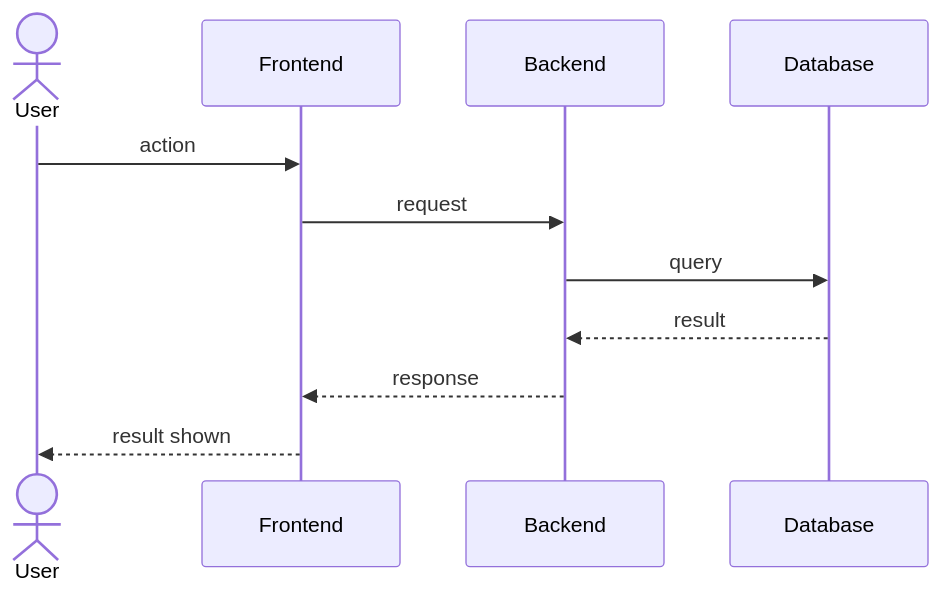
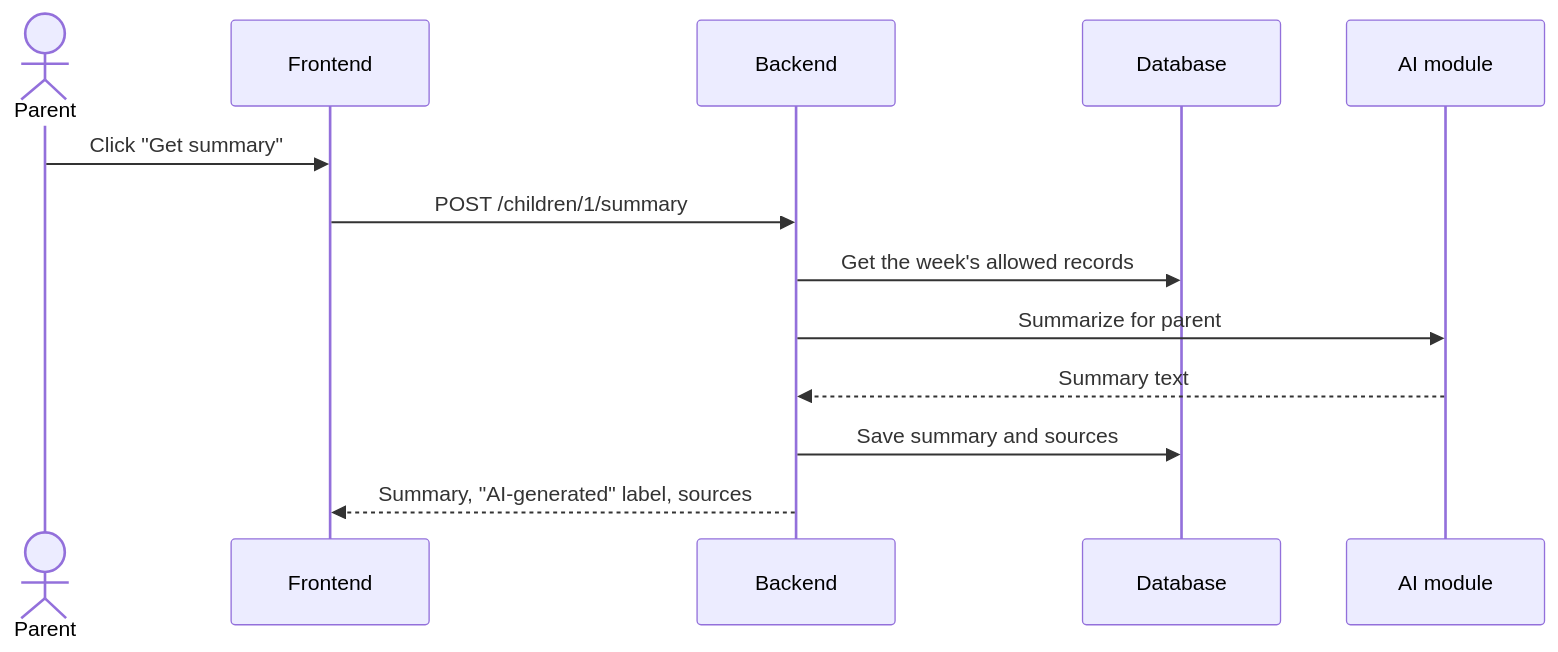
One commit to selinsevis/SENG383-SECTION1-G4 changed the fifth of 5 diagrams in docs/SDD.md. Above: the diagram before and after it, drawn with Mermaid. The commit also changed other lines of this file, not shown here.

````diff
--- a/docs/SDD.md
+++ b/docs/SDD.md
@@ -89,10 +230,16 @@
 ```mermaid
 sequenceDiagram
-    actor User
-    User->>Frontend: action
-    Frontend->>Backend: request
-    Backend->>Database: query
-    Database-->>Backend: result
-    Backend-->>Frontend: response
-    Frontend-->>User: result shown
+    actor Parent
+    participant Frontend
+    participant Backend
+    participant DB as Database
+    participant AI as AI module
+
+    Parent->>Frontend: Click "Get summary"
+    Frontend->>Backend: POST /children/1/summary
+    Backend->>DB: Get the week's allowed records
+    Backend->>AI: Summarize for parent
+    AI-->>Backend: Summary text
+    Backend->>DB: Save summary and sources
+    Backend-->>Frontend: Summary, "AI-generated" label, sources
 ```
````
